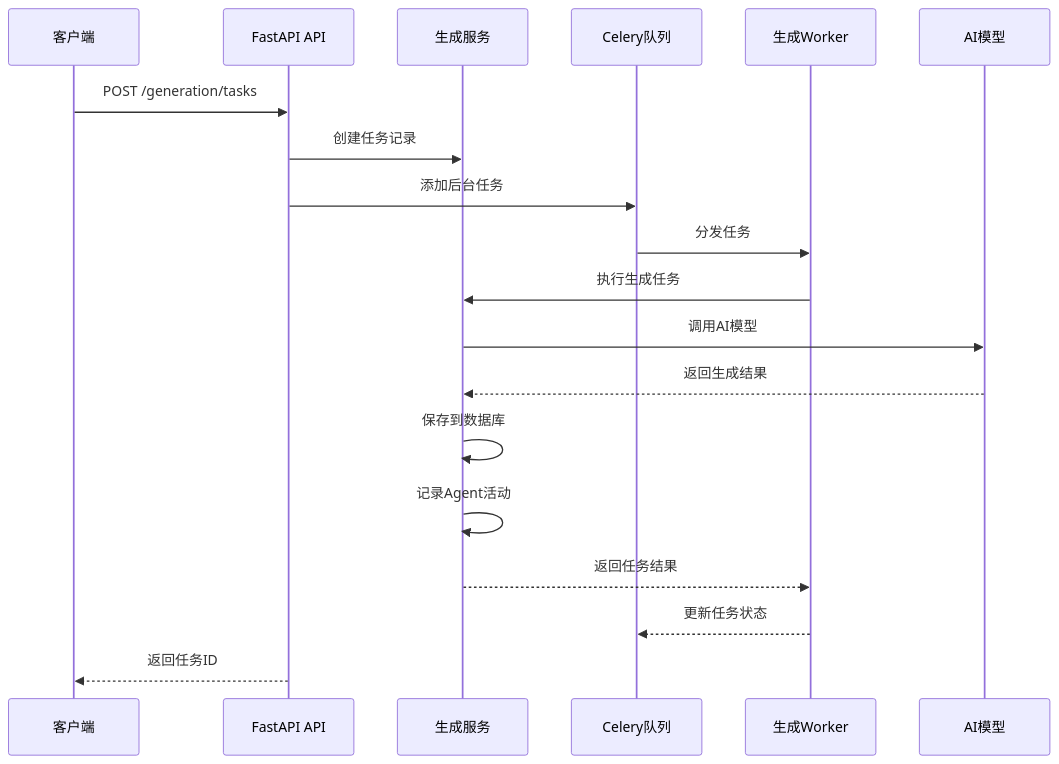
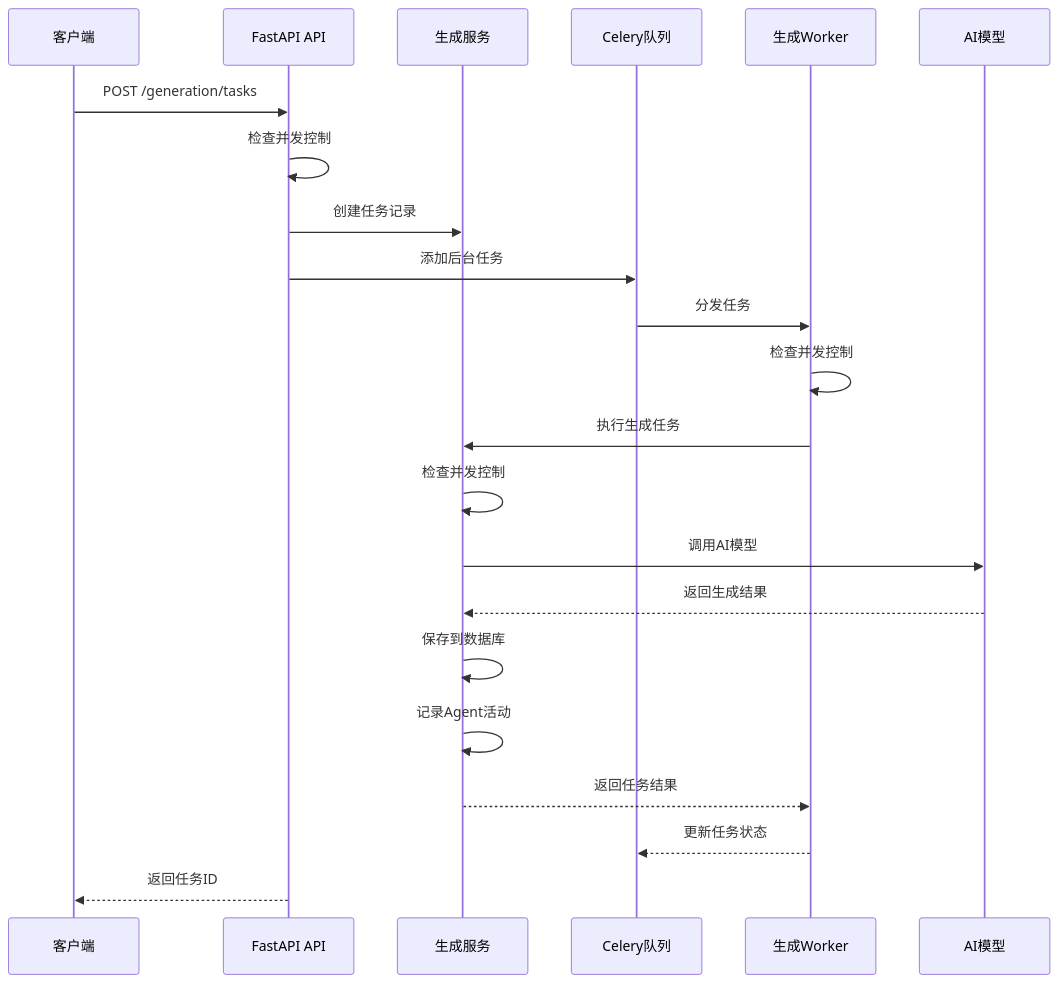
The third of 11 diagrams in .qoder/repowiki/zh/content/Generation Service.md (xfbyxq/ai-novel-system), drawn with Mermaid before and after one commit. The commit also changed other lines of this file and 17 other files, not shown here.

````diff
--- a/.qoder/repowiki/zh/content/Generation Service.md
+++ b/.qoder/repowiki/zh/content/Generation Service.md
@@ -203,21 +220,24 @@
 ```mermaid
 sequenceDiagram
 participant Client as 客户端
 participant API as FastAPI API
 participant Service as 生成服务
 participant Queue as Celery队列
 participant Worker as 生成Worker
 participant LLM as AI模型
 Client->>API : POST /generation/tasks
+API->>API : 检查并发控制
 API->>Service : 创建任务记录
 API->>Queue : 添加后台任务
 Queue->>Worker : 分发任务
+Worker->>Worker : 检查并发控制
 Worker->>Service : 执行生成任务
+Service->>Service : 检查并发控制
 Service->>LLM : 调用AI模型
 LLM-->>Service : 返回生成结果
 Service->>Service : 保存到数据库
 Service->>Service : 记录Agent活动
 Service-->>Worker : 返回任务结果
 Worker-->>Queue : 更新任务状态
 API-->>Client : 返回任务ID
 ```
````
